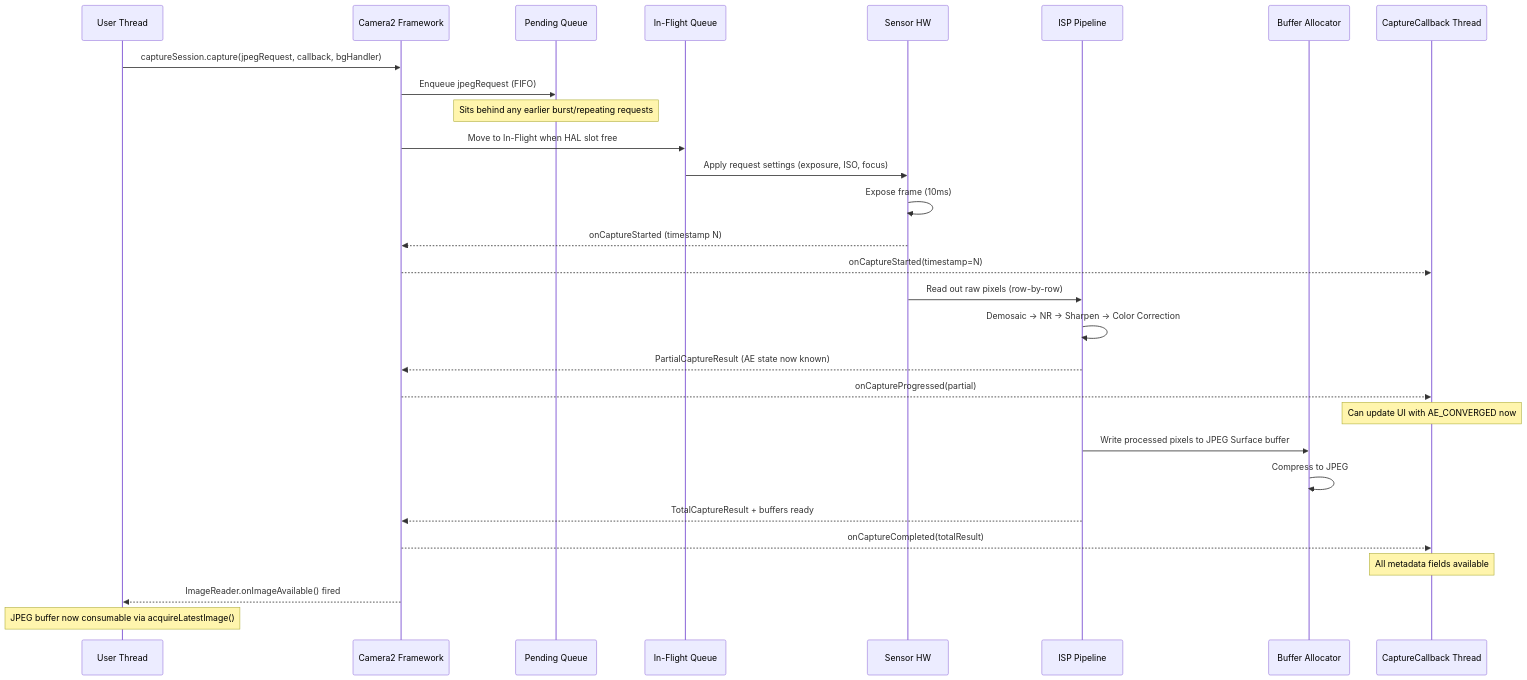
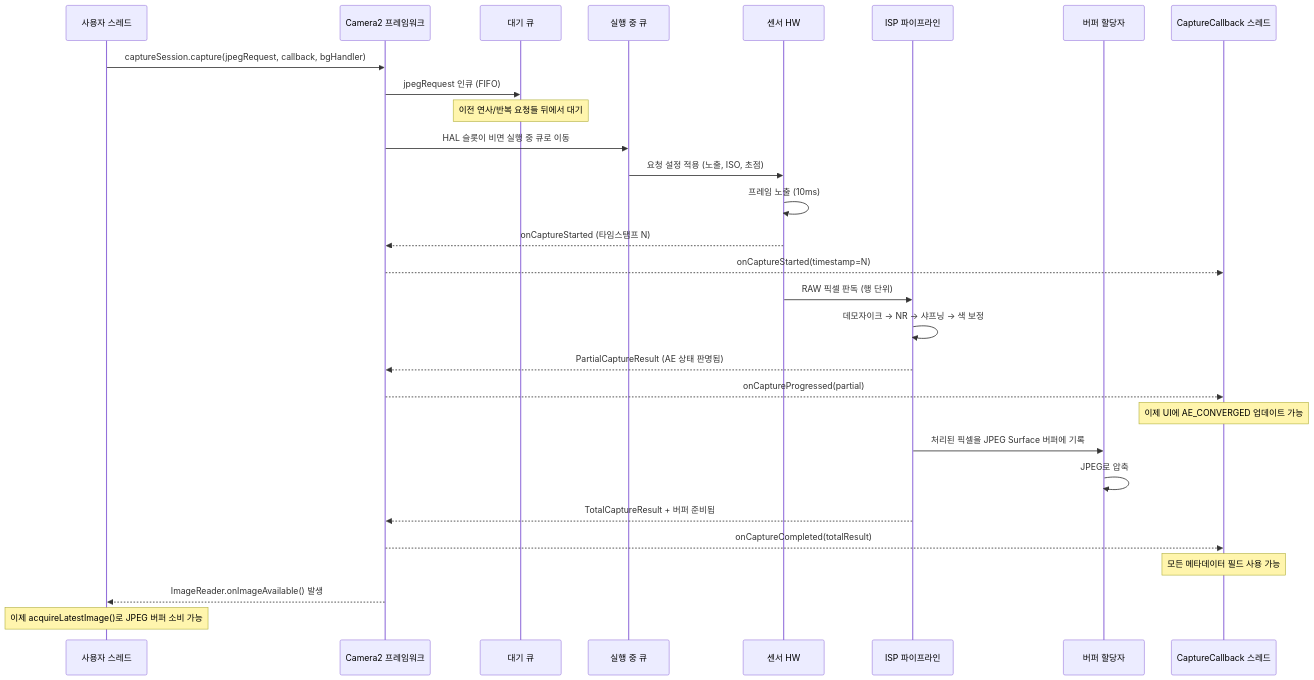
The fourth of 4 diagrams in website/i18n/ko/docusaurus-plugin-content-docs/current/camera2/the-camera2-pipeline.md (zoozooll/AndroidCameraParameters), drawn with Mermaid before and after one commit. The commit also changed other lines of this file and 378 other files, not shown here.

````diff
--- a/website/i18n/ko/docusaurus-plugin-content-docs/current/camera2/the-camera2-pipeline.md
+++ b/website/i18n/ko/docusaurus-plugin-content-docs/current/camera2/the-camera2-pipeline.md
@@ -381,35 +381,35 @@
 ```mermaid
 sequenceDiagram
-    participant User as User Thread
-    participant Cam as Camera2 Framework
-    participant Pend as Pending Queue
-    participant Inflight as In-Flight Queue
-    participant Sensor as Sensor HW
-    participant ISP as ISP Pipeline
-    participant Buffers as Buffer Allocator
-    participant CB as CaptureCallback Thread
+    participant User as 사용자 스레드
+    participant Cam as Camera2 프레임워크
+    participant Pend as 대기 큐
+    participant Inflight as 실행 중 큐
+    participant Sensor as 센서 HW
+    participant ISP as ISP 파이프라인
+    participant Buffers as 버퍼 할당자
+    participant CB as CaptureCallback 스레드
 
     User->>Cam: captureSession.capture(jpegRequest, callback, bgHandler)
-    Cam->>Pend: Enqueue jpegRequest (FIFO)
-    Note over Pend: Sits behind any earlier burst/repeating requests
+    Cam->>Pend: jpegRequest 인큐 (FIFO)
+    Note over Pend: 이전 연사/반복 요청들 뒤에서 대기
 
-    Cam->>Inflight: Move to In-Flight when HAL slot free
-    Inflight->>Sensor: Apply request settings (exposure, ISO, focus)
-    Sensor->>Sensor: Expose frame (10ms)
-    Sensor-->>Cam: onCaptureStarted (timestamp N)
+    Cam->>Inflight: HAL 슬롯이 비면 실행 중 큐로 이동
+    Inflight->>Sensor: 요청 설정 적용 (노출, ISO, 초점)
+    Sensor->>Sensor: 프레임 노출 (10ms)
+    Sensor-->>Cam: onCaptureStarted (타임스탬프 N)
     Cam-->>CB: onCaptureStarted(timestamp=N)
 
-    Sensor->>ISP: Read out raw pixels (row-by-row)
-    ISP->>ISP: Demosaic → NR → Sharpen → Color Correction
-    ISP-->>Cam: PartialCaptureResult (AE state now known)
+    Sensor->>ISP: RAW 픽셀 판독 (행 단위)
+    ISP->>ISP: 데모자이크 → NR → 샤프닝 → 색 보정
+    ISP-->>Cam: PartialCaptureResult (AE 상태 판명됨)
     Cam-->>CB: onCaptureProgressed(partial)
-    Note over CB: Can update UI with AE_CONVERGED now
+    Note over CB: 이제 UI에 AE_CONVERGED 업데이트 가능
 
-    ISP->>Buffers: Write processed pixels to JPEG Surface buffer
-    Buffers->>Buffers: Compress to JPEG
-    ISP-->>Cam: TotalCaptureResult + buffers ready
+    ISP->>Buffers: 처리된 픽셀을 JPEG Surface 버퍼에 기록
+    Buffers->>Buffers: JPEG로 압축
+    ISP-->>Cam: TotalCaptureResult + 버퍼 준비됨
     Cam-->>CB: onCaptureCompleted(totalResult)
-    Note over CB: All metadata fields available
-    Cam-->>User: ImageReader.onImageAvailable() fired
-    Note over User: JPEG buffer now consumable via acquireLatestImage()
+    Note over CB: 모든 메타데이터 필드 사용 가능
+    Cam-->>User: ImageReader.onImageAvailable() 발생
+    Note over User: 이제 acquireLatestImage()로 JPEG 버퍼 소비 가능
 ```
````
